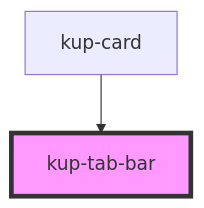
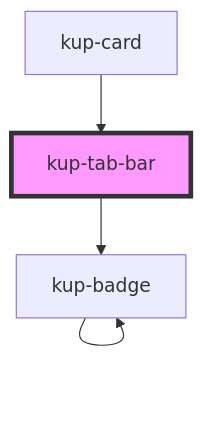
Before and after one commit to smeup/ketchup: the diagram in packages/ketchup/src/components/kup-tab-bar/readme.md, drawn with Mermaid. The commit also changed other lines of this file and 18 other files, not shown here.

Commit message:
Tab bar: small refactoring (cleaner code).

````diff
--- a/packages/ketchup/src/components/kup-tab-bar/readme.md
+++ b/packages/ketchup/src/components/kup-tab-bar/readme.md
@@ -53,5 +57,7 @@
 ```mermaid
 graph TD;
+  kup-tab-bar --> kup-badge
+  kup-badge --> kup-badge
   kup-card --> kup-tab-bar
   style kup-tab-bar fill:#f9f,stroke:#333,stroke-width:4px
 ```
````
